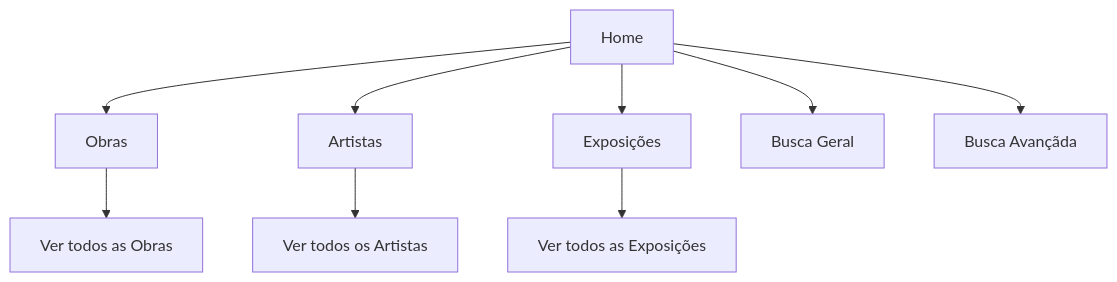
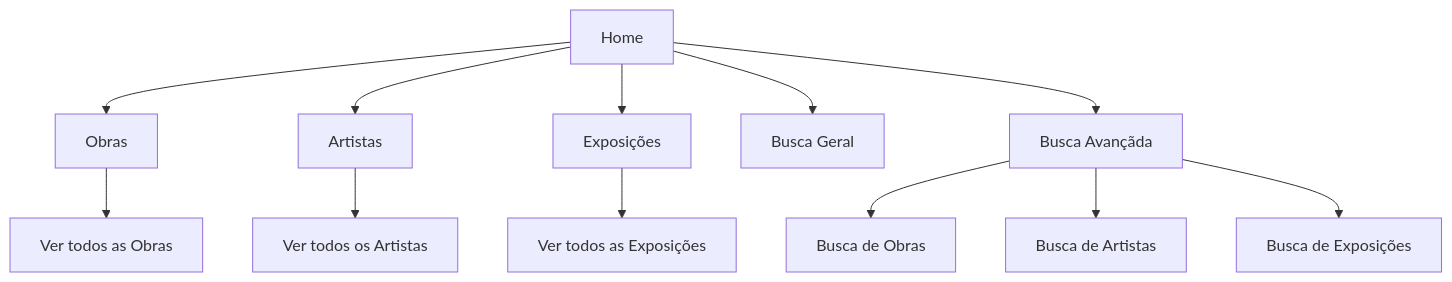
The diagram in README.md (reynaldocv/macusp), drawn with Mermaid before and after one commit.

````diff
--- a/README.md
+++ b/README.md
@@ -247,19 +247,22 @@
 ```mermaid
 graph TD
     Home[Home] --> Works[Obras]
     Home --> Artists[Artistas]
     Home --> Exhibitions[Exposições]    
     Home --> MultiSearch[Busca Geral]
     Home --> AdvancedSearch[Busca Avançãda]
     Works --> ViewWorks[Ver todos as Obras]
     Artists --> ViewArtists[Ver todos os Artistas]
     Exhibitions --> ViewExhibitions[Ver todos as Exposições]
+    AdvancedSearch --> ASWorks[Busca de Obras]
+    AdvancedSearch --> ASArtist[Busca de Artistas]
+    AdvancedSearch --> ASExhibitions[Busca de Exposições]
     
     %% Definición de los enlaces
     click Home "http://143.107.130.173/admacervo/macusp/index.php" "<b>Views</b>: Front" _blank
     click Works "http://143.107.130.173/admacervo/macusp/index.php" "<b>Controllers</b>: BrowserController <br> Views: Browser <br> config: browse.conf" _blank
     click Artists "http://143.107.130.173/admacervo/macusp/index.php" "<b>Controllers</b>:             <br>    Views: Front <br>    config: Front" _blank
     click Exhibitions "http://143.107.130.173/admacervo/macusp/index.php" "<b>Controllers</b>:             <br> Views: Front <br> config: Front" _blank
     click VP1 "https://google.com" "Ir a soporte" _blank
 
 ```
````
